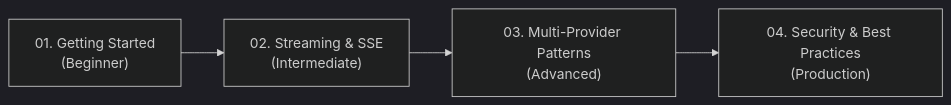
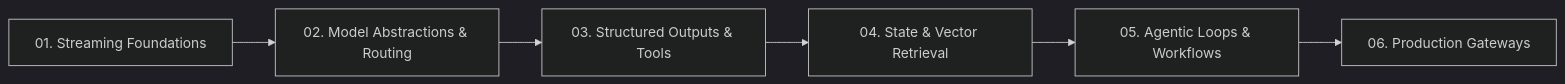
One commit to hoslift/ranu.js changed the diagram in docs/guides/ai/README.md. Above: the diagram before and after it, drawn with Mermaid (dark theme). The commit also changed other lines of this file and 12 other files, not shown here.

````diff
--- a/docs/guides/ai/README.md
+++ b/docs/guides/ai/README.md
@@ -13,6 +13,8 @@
 ```mermaid
 flowchart LR
-    A["01. Getting Started\n(Beginner)"] --> B["02. Streaming & SSE\n(Intermediate)"]
-    B --> C["03. Multi-Provider Patterns\n(Advanced)"]
-    C --> D["04. Security & Best Practices\n(Production)"]
+    G1["01. Streaming Foundations"] --> G2["02. Model Abstractions & Routing"]
+    G2 --> G3["03. Structured Outputs & Tools"]
+    G3 --> G4["04. State & Vector Retrieval"]
+    G4 --> G5["05. Agentic Loops & Workflows"]
+    G5 --> G6["06. Production Gateways"]
 ```
````
